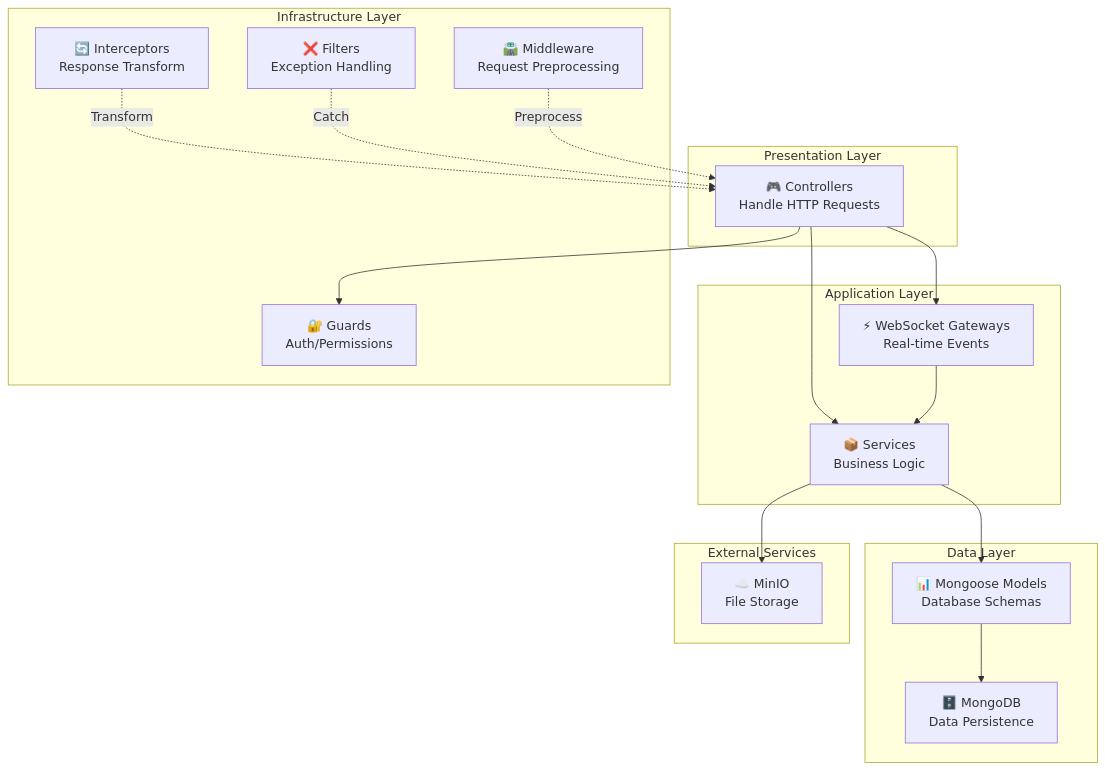
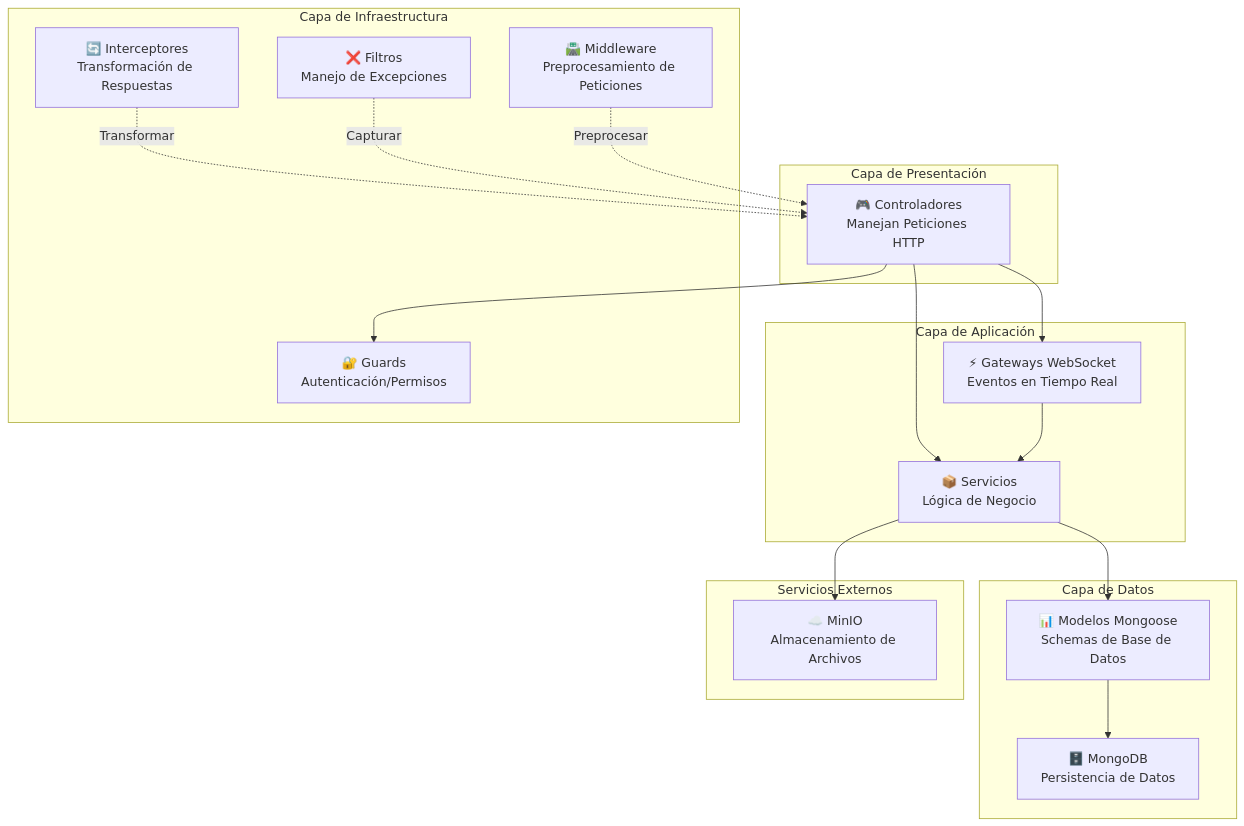
One commit to Byroncl/laboratory-reviews changed the first of 14 diagrams in docs-post-message/docs/backend/architecture/overview.md. Above: the diagram before and after it, drawn with Mermaid. The commit also changed other lines of this file and 17 other files, not shown here.

Commit message:
refactor: implement clean architecture patterns with domains, repositories, use cases, constants, and comprehensive tests

````diff
--- a/docs-post-message/docs/backend/architecture/overview.md
+++ b/docs-post-message/docs/backend/architecture/overview.md
@@ -13,41 +13,41 @@
 ```mermaid
 graph TB
-    subgraph "Presentation Layer"
-        Controllers["🎮 Controllers<br/>Handle HTTP Requests"]
+    subgraph "Capa de Presentación"
+        Controllers["🎮 Controladores<br/>Manejan Peticiones HTTP"]
     end
     
-    subgraph "Application Layer"
-        Services["📦 Services<br/>Business Logic"]
-        Gateways["⚡ WebSocket Gateways<br/>Real-time Events"]
+    subgraph "Capa de Aplicación"
+        Services["📦 Servicios<br/>Lógica de Negocio"]
+        Gateways["⚡ Gateways WebSocket<br/>Eventos en Tiempo Real"]
     end
     
-    subgraph "Infrastructure Layer"
-        Guards["🔐 Guards<br/>Auth/Permissions"]
-        Interceptors["🔄 Interceptors<br/>Response Transform"]
-        Filters["❌ Filters<br/>Exception Handling"]
-        Middleware["🛣️ Middleware<br/>Request Preprocessing"]
+    subgraph "Capa de Infraestructura"
+        Guards["🔐 Guards<br/>Autenticación/Permisos"]
+        Interceptors["🔄 Interceptores<br/>Transformación de Respuestas"]
+        Filters["❌ Filtros<br/>Manejo de Excepciones"]
+        Middleware["🛣️ Middleware<br/>Preprocesamiento de Peticiones"]
     end
     
-    subgraph "Data Layer"
-        Models["📊 Mongoose Models<br/>Database Schemas"]
-        Database["🗄️ MongoDB<br/>Data Persistence"]
+    subgraph "Capa de Datos"
+        Models["📊 Modelos Mongoose<br/>Schemas de Base de Datos"]
+        Database["🗄️ MongoDB<br/>Persistencia de Datos"]
     end
     
-    subgraph "External Services"
-        MinIO["☁️ MinIO<br/>File Storage"]
+    subgraph "Servicios Externos"
+        MinIO["☁️ MinIO<br/>Almacenamiento de Archivos"]
     end
     
     Controllers --> Guards
     Controllers --> Services
     Controllers --> Gateways
     
     Services --> Models
     Gateways --> Services
     
     Models --> Database
     Services --> MinIO
     
-    Interceptors -.->|Transform| Controllers
-    Filters -.->|Catch| Controllers
-    Middleware -.->|Preprocess| Controllers
+    Interceptors -.->|Transformar| Controllers
+    Filters -.->|Capturar| Controllers
+    Middleware -.->|Preprocesar| Controllers
 ```
````
